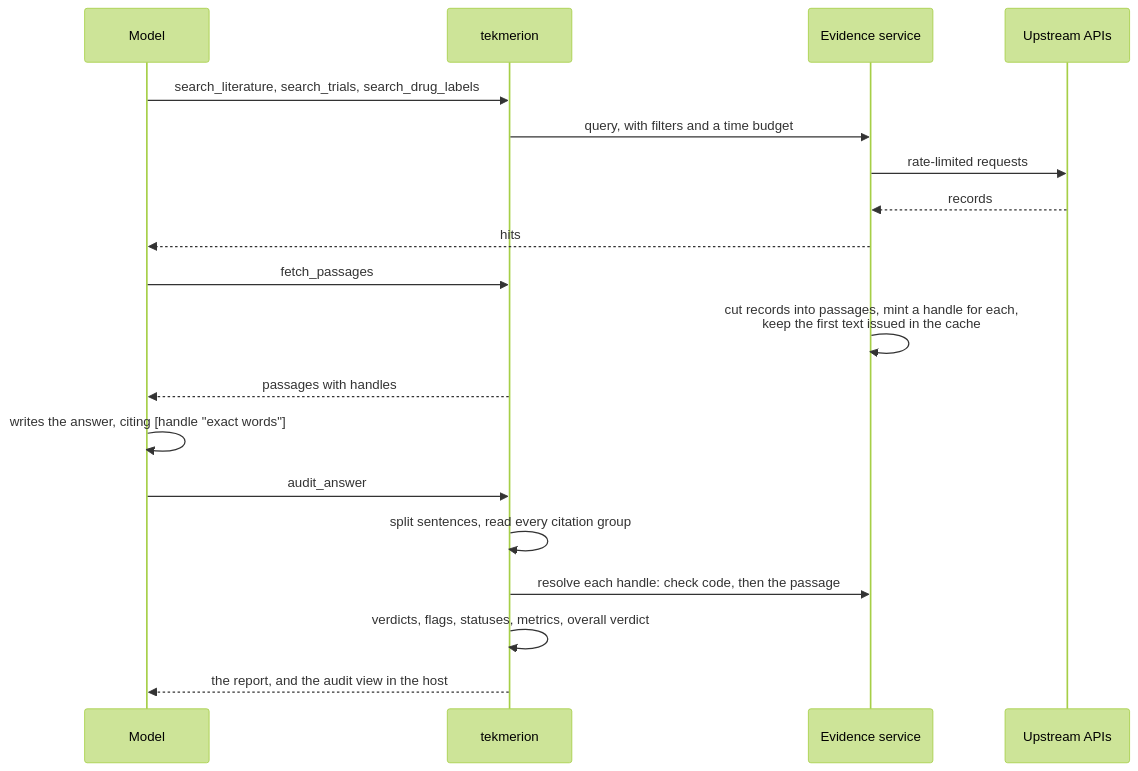
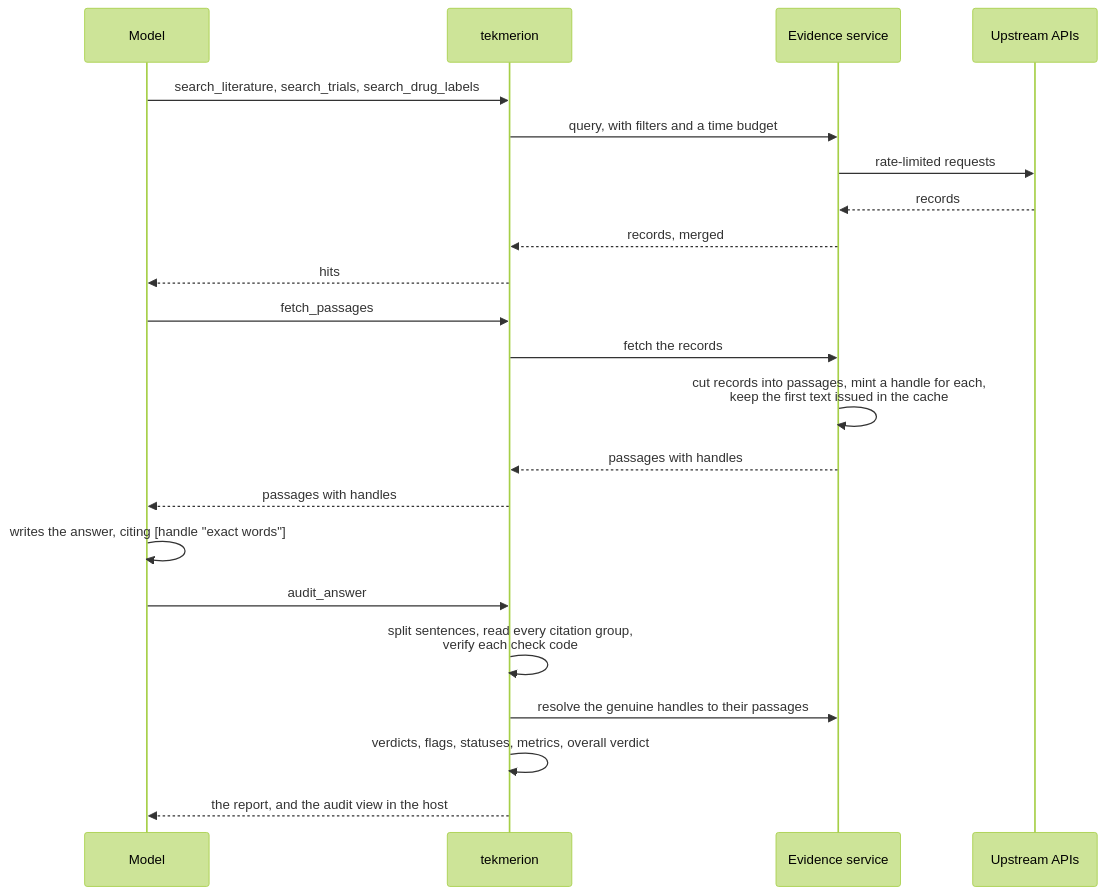
One commit to PedroMarkovicz/tekmeria changed the third of 5 diagrams in README.md. Above: the diagram before and after it, drawn with Mermaid (forest theme). The commit also changed other lines of this file and 6 other files, not shown here.

````diff
--- a/README.md
+++ b/README.md
@@ -270,22 +270,25 @@
 ```mermaid
 sequenceDiagram
     participant M as Model
     participant S as tekmerion
     participant E as Evidence service
     participant A as Upstream APIs
 
     M->>S: search_literature, search_trials, search_drug_labels
     S->>E: query, with filters and a time budget
     E->>A: rate-limited requests
     A-->>E: records
-    E-->>M: hits
+    E-->>S: records, merged
+    S-->>M: hits
     M->>S: fetch_passages
+    S->>E: fetch the records
     E->>E: cut records into passages, mint a handle for each,<br/>keep the first text issued in the cache
+    E-->>S: passages with handles
     S-->>M: passages with handles
     M->>M: writes the answer, citing [handle "exact words"]
     M->>S: audit_answer
-    S->>S: split sentences, read every citation group
-    S->>E: resolve each handle: check code, then the passage
+    S->>S: split sentences, read every citation group,<br/>verify each check code
+    S->>E: resolve the genuine handles to their passages
     S->>S: verdicts, flags, statuses, metrics, overall verdict
     S-->>M: the report, and the audit view in the host
 ```
````
